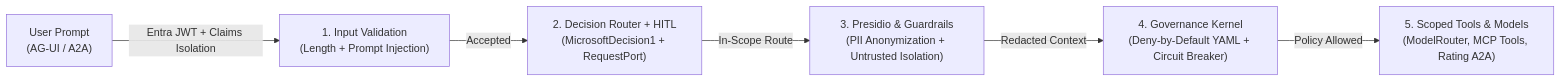
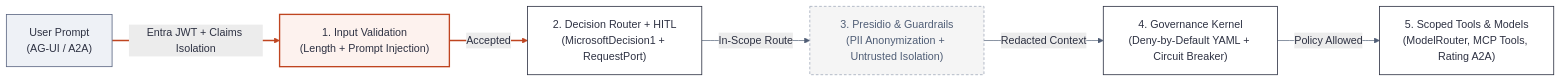
The diagram in docs/docs/arc42/08-crosscutting-concepts/mermaids/005-ai-governance-diagram-1.mmd (foxminchan/BookWorm), drawn with Mermaid before and after one commit. The commit also changed 191 other files, not shown here.

Commit message:
docs: update architecture diagrams and documentation

```diff
--- a/docs/docs/arc42/08-crosscutting-concepts/mermaids/005-ai-governance-diagram-1.mmd
+++ b/docs/docs/arc42/08-crosscutting-concepts/mermaids/005-ai-governance-diagram-1.mmd
@@ -1,13 +1,26 @@
+%%{init: {'theme': 'base', 'themeVariables': {'background': '#f5f5f5', 'primaryColor': '#ffffff', 'primaryTextColor': '#2d3142', 'primaryBorderColor': '#2d3142', 'secondaryColor': '#ececec', 'secondaryBorderColor': '#4f5d75', 'tertiaryColor': '#fdf2ee', 'tertiaryBorderColor': '#bf4520', 'lineColor': '#4f5d75', 'textColor': '#2d3142', 'clusterBkg': '#f8f9fa', 'clusterBorder': '#bfc0c0', 'fontFamily': 'Geist, system-ui, sans-serif'}}}%%
 flowchart LR
 	in["User Prompt\n(AG-UI / A2A)"]
 	screen["1. Input Validation\n(Length + Prompt Injection)"]
 	route["2. Decision Router + HITL\n(MicrosoftDecision1 + RequestPort)"]
 	pii["3. Presidio & Guardrails\n(PII Anonymization + Untrusted Isolation)"]
 	gov["4. Governance Kernel\n(Deny-by-Default YAML + Circuit Breaker)"]
 	tools["5. Scoped Tools & Models\n(ModelRouter, MCP Tools, Rating A2A)"]
 
 	in -->|"Entra JWT + Claims Isolation"| screen
 	screen -->|"Accepted"| route
 	route -->|"In-Scope Route"| pii
 	pii -->|"Redacted Context"| gov
 	gov -->|"Policy Allowed"| tools
+
+	classDef focal fill:#fdf2ee,stroke:#bf4520,stroke-width:2px,color:#2d3142
+	classDef service fill:#ffffff,stroke:#2d3142,stroke-width:1.2px,color:#2d3142
+	classDef store fill:#ececec,stroke:#4f5d75,stroke-width:1.2px,color:#2d3142
+	classDef input fill:#eef1f6,stroke:#5a6580,stroke-width:1.2px,color:#2d3142
+	classDef ext fill:#f5f5f5,stroke:#949eb2,stroke-width:1px,stroke-dasharray:4 3,color:#4f5d75
+	class screen focal
+	class route,gov,tools service
+	class in input
+	class pii ext
+	linkStyle 0 stroke:#bf4520,stroke-width:2px
+	linkStyle 1 stroke:#bf4520,stroke-width:2px
```
